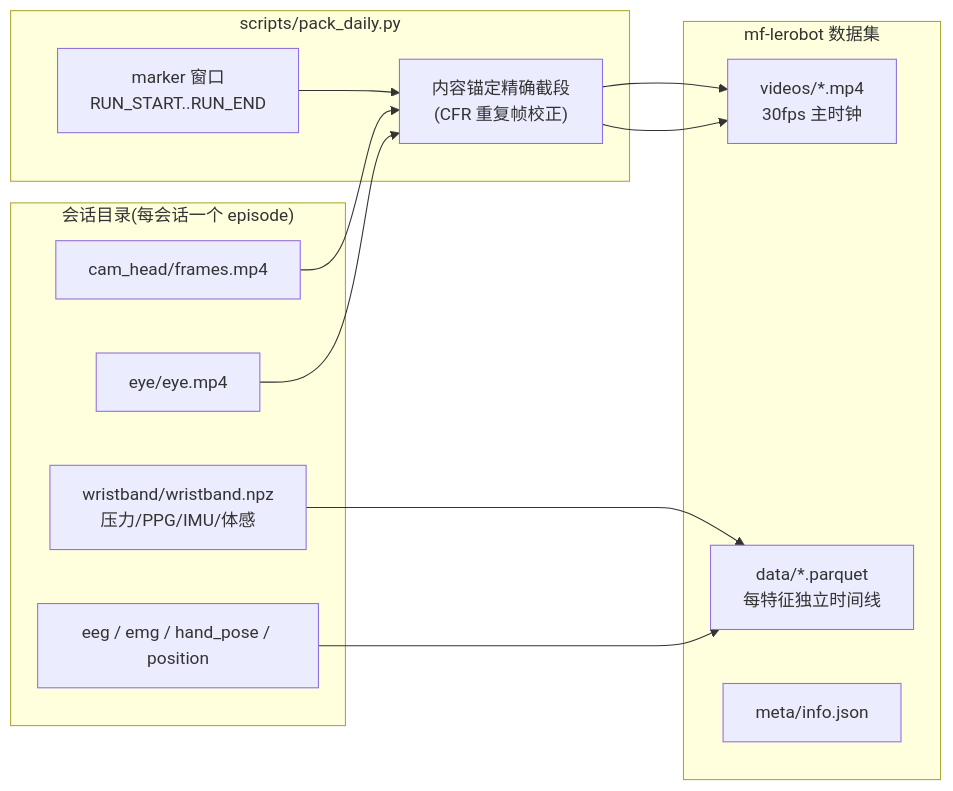
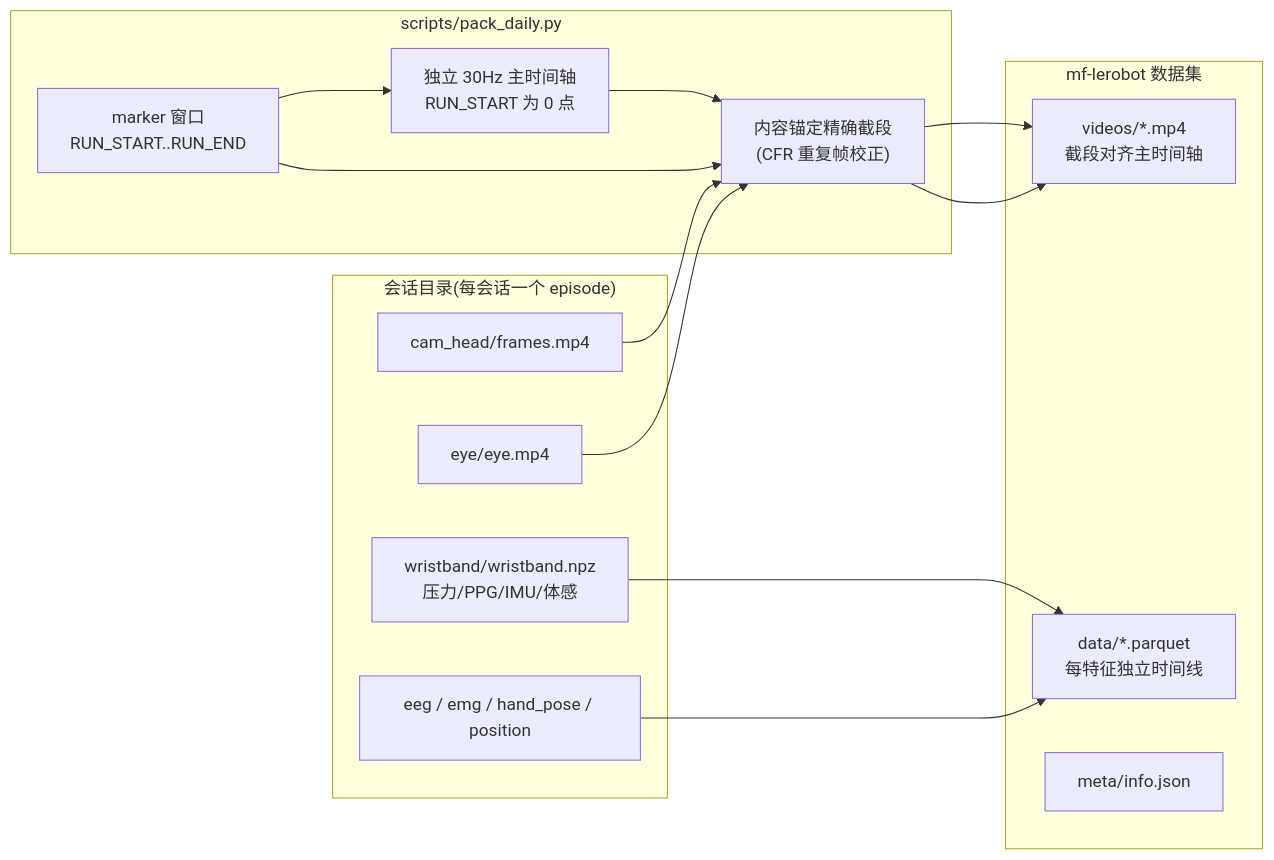
The fourth of 4 diagrams in README.md (Koorye/Embodied-Brain-Collect), drawn with Mermaid before and after one commit. The commit also changed other lines of this file and 7 other files, not shown here.

````diff
--- a/README.md
+++ b/README.md
@@ -387,23 +392,26 @@
 ```mermaid
 flowchart LR
     subgraph SESS["会话目录(每会话一个 episode)"]
         V1["cam_head/frames.mp4"]
         V2["eye/eye.mp4"]
         W1["wristband/wristband.npz<br/>压力/PPG/IMU/体感"]
         P1["eeg / emg / hand_pose / position"]
     end
     subgraph PACK["scripts/pack_daily.py"]
         M["marker 窗口<br/>RUN_START..RUN_END"]
+        T["独立 30Hz 主时间轴<br/>RUN_START 为 0 点"]
         A["内容锚定精确截段<br/>(CFR 重复帧校正)"]
     end
     subgraph OUT["mf-lerobot 数据集"]
-        O1["videos/*.mp4<br/>30fps 主时钟"]
+        O1["videos/*.mp4<br/>截段对齐主时间轴"]
         O2["data/*.parquet<br/>每特征独立时间线"]
         O3["meta/info.json"]
     end
     V1 --> A --> O1
     V2 --> A --> O1
     W1 --> O2
     P1 --> O2
+    M --> T
     M --> A
+    T --> A
 ```
````
